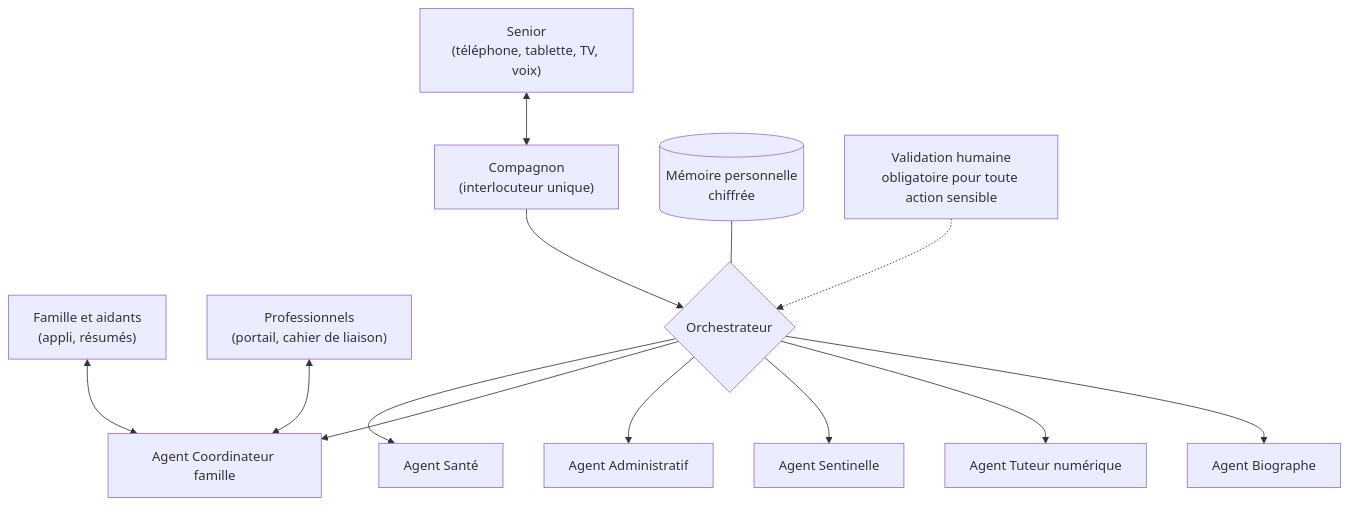
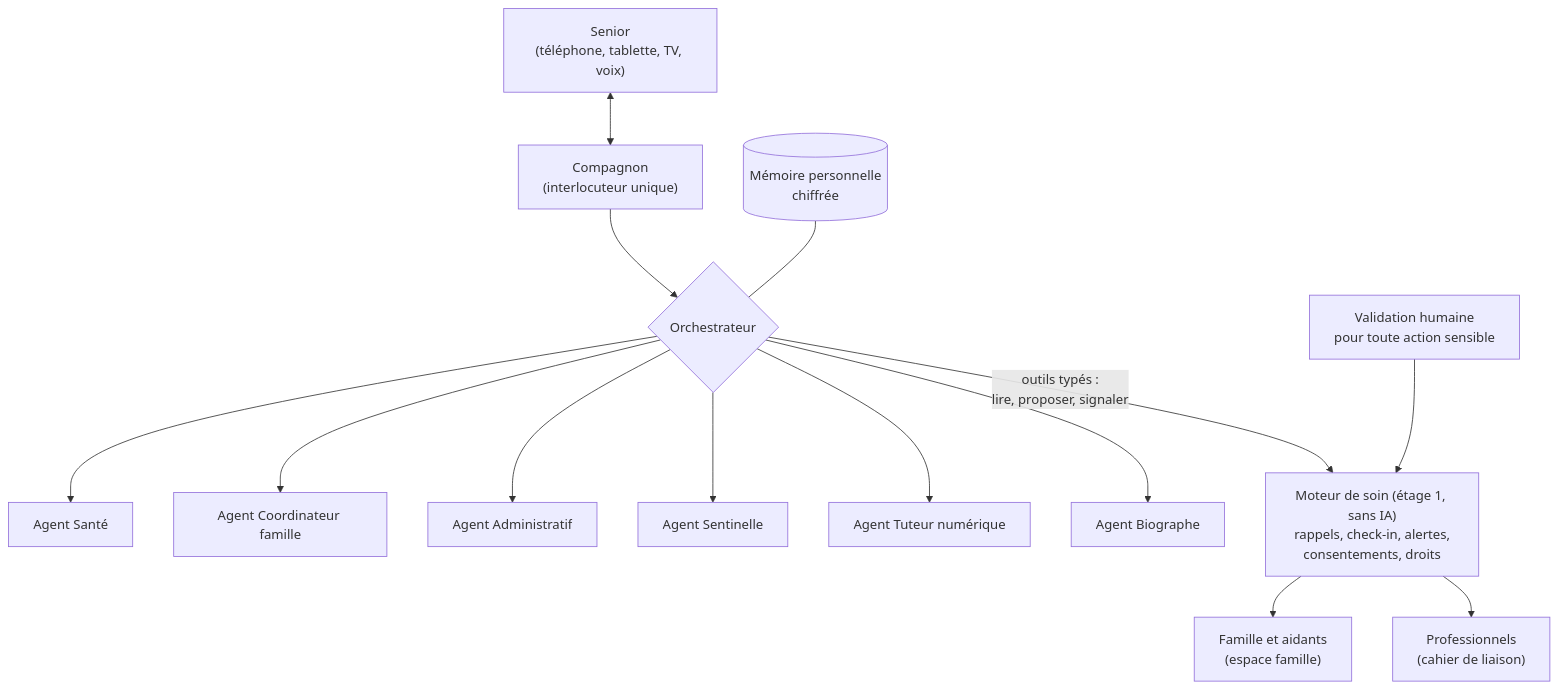
The diagram in docs/03-ia-et-agents.md (OrizonLab/pps), drawn with Mermaid before and after one commit. The commit also changed other lines of this file and 23 other files, not shown here.

````diff
--- a/docs/03-ia-et-agents.md
+++ b/docs/03-ia-et-agents.md
@@ -11,17 +11,17 @@
 ```mermaid
 flowchart TD
     S["Senior<br/>(téléphone, tablette, TV, voix)"] <--> C["Compagnon<br/>(interlocuteur unique)"]
-    F["Famille et aidants<br/>(appli, résumés)"] <--> CO
-    P["Professionnels<br/>(portail, cahier de liaison)"] <--> CO
-
     C --> O{"Orchestrateur"}
     O --> SA["Agent Santé"]
     O --> CO["Agent Coordinateur famille"]
     O --> AD["Agent Administratif"]
     O --> SE["Agent Sentinelle"]
     O --> TU["Agent Tuteur numérique"]
     O --> BI["Agent Biographe"]
+    M[("Mémoire personnelle<br/>chiffrée")] --- O
 
-    M[("Mémoire personnelle<br/>chiffrée")] --- O
-    H["Validation humaine<br/>obligatoire pour toute action sensible"] -.-> O
+    O -- "outils typés :<br/>lire, proposer, signaler" --> MS["Moteur de soin (étage 1, sans IA)<br/>rappels, check-in, alertes,<br/>consentements, droits"]
+    H["Validation humaine<br/>pour toute action sensible"] --> MS
+    MS --> F["Famille et aidants<br/>(espace famille)"]
+    MS --> P["Professionnels<br/>(cahier de liaison)"]
 ```
````
